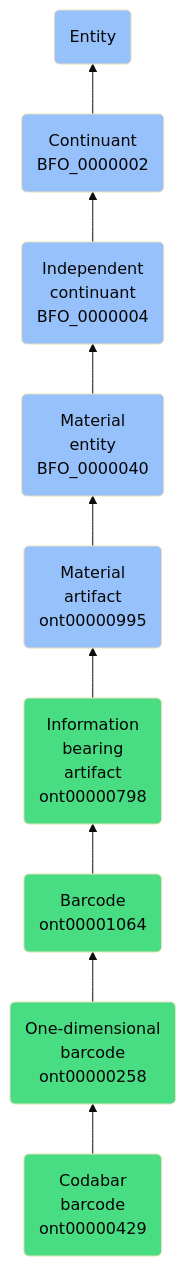
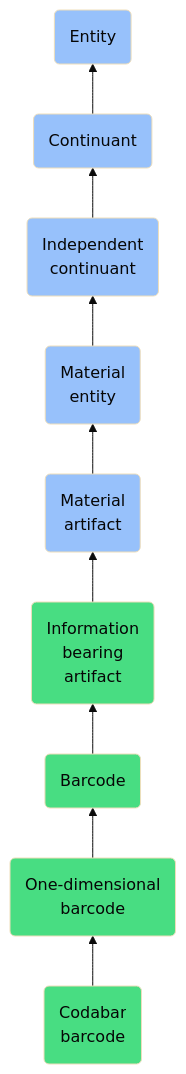
One commit to jupyter-naas/abi changed the diagram in docs/ontology/reference/model/Entity/Continuant/Independent continuant/Material entity/Material artifact/Information bearing artifact/Barcode/One-dimensional barcode/Codabar barcode/Codabar barcode.md. Above: the diagram before and after it, drawn with Mermaid (base theme). The commit also changed other lines of this file and 1430 other files, not shown here.

````diff
--- a/docs/ontology/reference/model/Entity/Continuant/Independent continuant/Material entity/Material artifact/Information bearing artifact/Barcode/One-dimensional barcode/Codabar barcode/Codabar barcode.md
+++ b/docs/ontology/reference/model/Entity/Continuant/Independent continuant/Material entity/Material artifact/Information bearing artifact/Barcode/One-dimensional barcode/Codabar barcode/Codabar barcode.md
@@ -24,16 +24,16 @@
 ```mermaid
 graph BT
-    ont00000429(Codabar<br>barcode<br>ont00000429):::ABI-->ont00000258
-    ont00000258(One-dimensional<br>barcode<br>ont00000258):::ABI-->ont00001064
-    ont00001064(Barcode<br>ont00001064):::ABI-->ont00000798
-    ont00000798(Information<br>bearing<br>artifact<br>ont00000798):::ABI-->ont00000995
-    ont00000995(Material<br>artifact<br>ont00000995):::BFO-->BFO_0000040
-    BFO_0000040(Material<br>entity<br>BFO_0000040):::BFO-->BFO_0000004
-    BFO_0000004(Independent<br>continuant<br>BFO_0000004):::BFO-->BFO_0000002
-    BFO_0000002(Continuant<br>BFO_0000002):::BFO-->BFO_0000001
+    ont00000429(Codabar<br>barcode):::ABI-->ont00000258
+    ont00000258(One-dimensional<br>barcode):::ABI-->ont00001064
+    ont00001064(Barcode):::ABI-->ont00000798
+    ont00000798(Information<br>bearing<br>artifact):::ABI-->ont00000995
+    ont00000995(Material<br>artifact):::BFO-->BFO_0000040
+    BFO_0000040(Material<br>entity):::BFO-->BFO_0000004
+    BFO_0000004(Independent<br>continuant):::BFO-->BFO_0000002
+    BFO_0000002(Continuant):::BFO-->BFO_0000001
     BFO_0000001(Entity):::BFO
     
     classDef BFO fill:#97c1fb,color:#060606
     classDef CCO fill:#e4c51e,color:#060606
     classDef ABI fill:#48DD82,color:#060606
 ```
````
